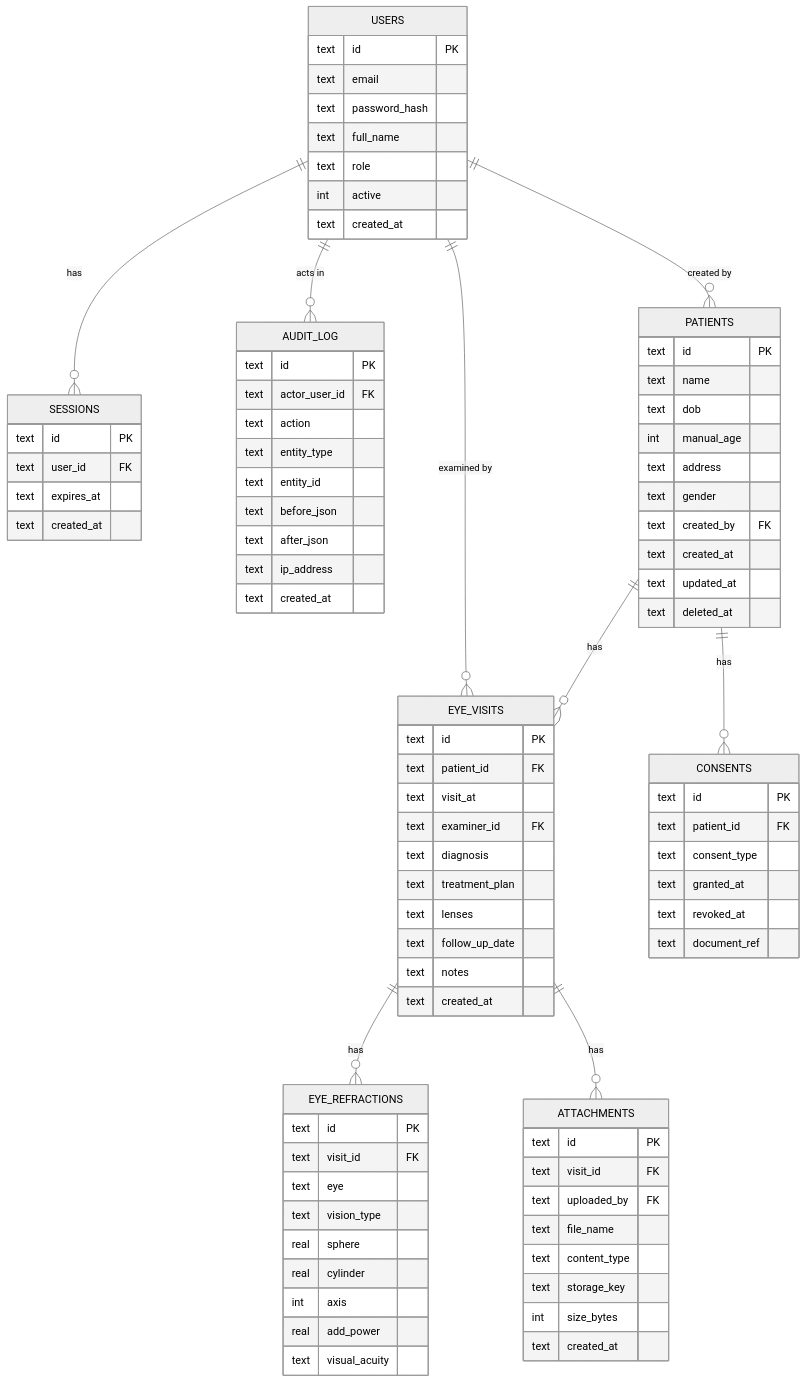
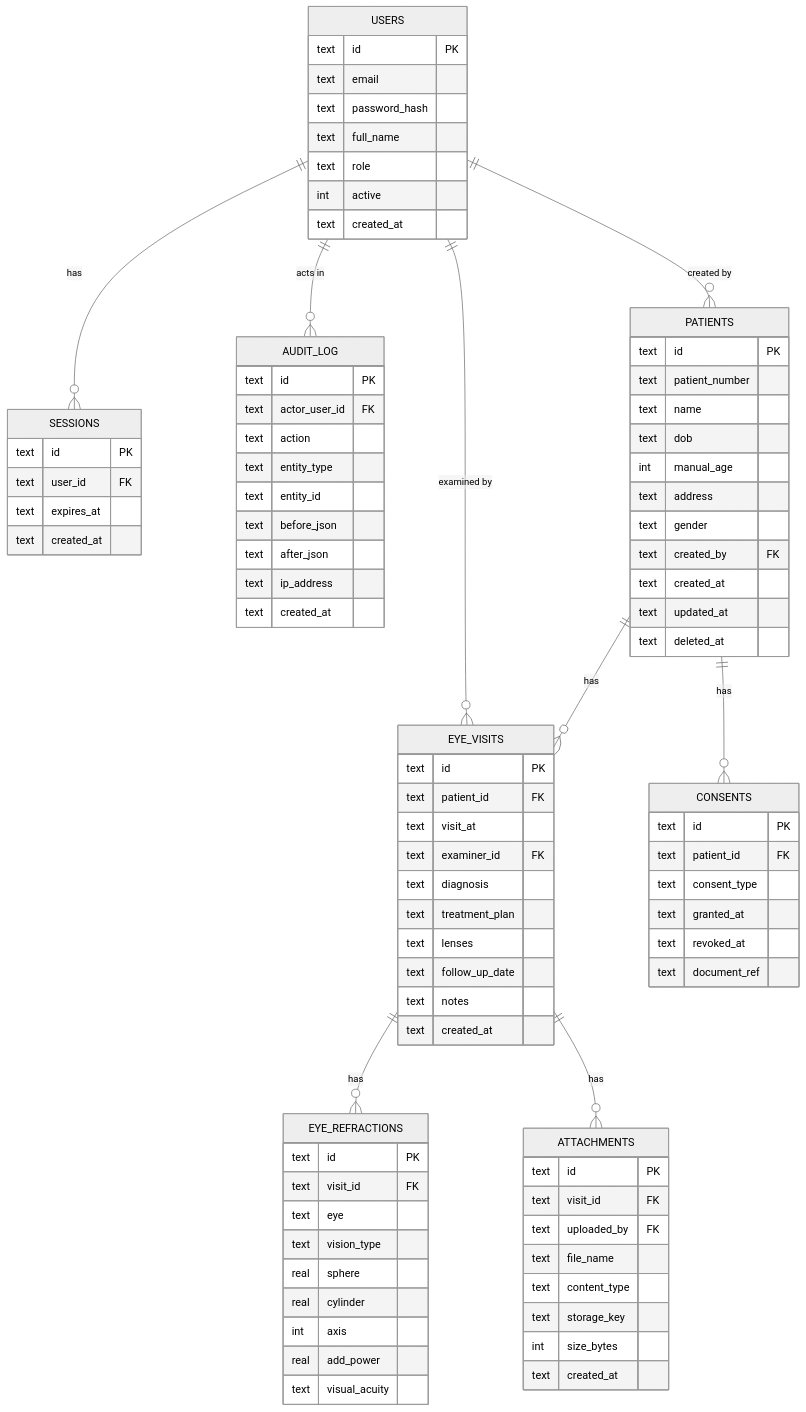
The second of 2 diagrams in docs/design.md (hashwani19/Testhash), drawn with Mermaid (neutral theme) before and after one commit. The commit also changed other lines of this file, not shown here.

First line of the commit message:
Add a human-facing, date-seeded, monotonically increasing patient ID

```diff
--- a/docs/design.md
+++ b/docs/design.md
@@ -131,6 +131,7 @@
     }
     PATIENTS {
         text id PK
+        text patient_number
         text name
         text dob
         int manual_age
```
